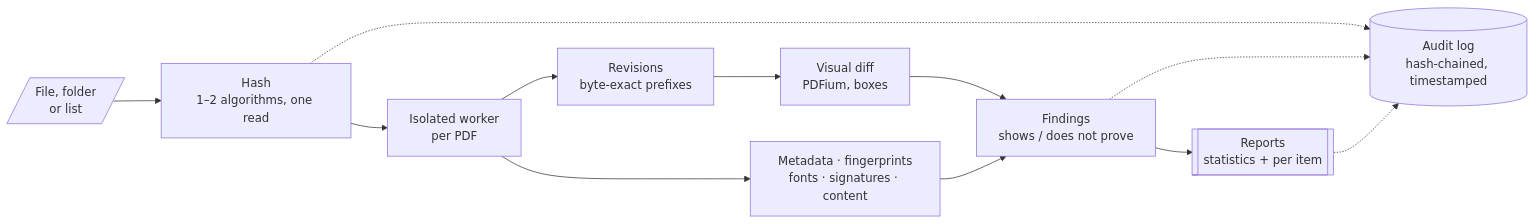
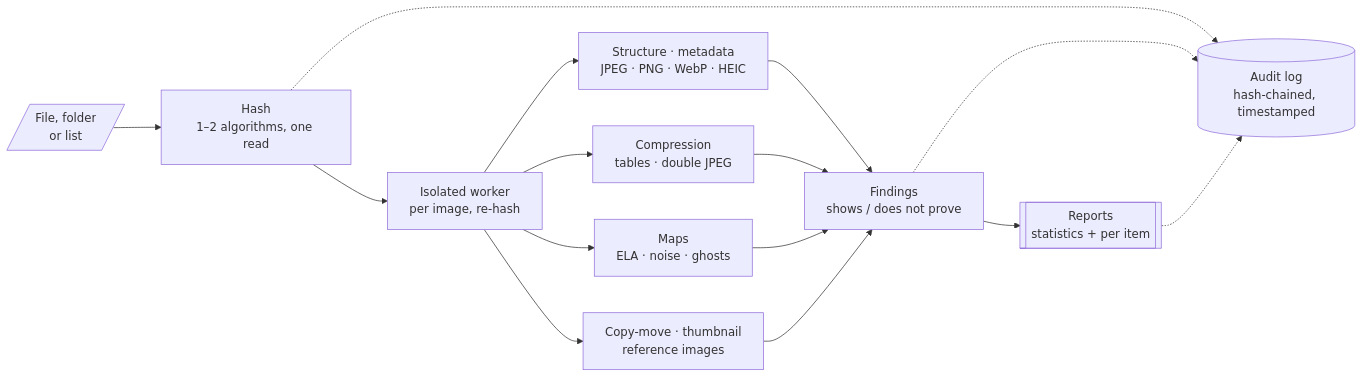
The first of 2 diagrams in README.md (Panacota96/rv-imgauth), drawn with Mermaid before and after one commit. The commit also changed other lines of this file and 17 other files, not shown here.

````diff
--- a/README.md
+++ b/README.md
@@ -15,13 +15,14 @@
 ```mermaid
 flowchart LR
     A[/"File, folder<br/>or list"/] --> B["Hash<br/>1–2 algorithms, one read"]
-    B --> W["Isolated worker<br/>per PDF"]
-    W --> C["Revisions<br/>byte-exact prefixes"]
-    C --> V["Visual diff<br/>PDFium, boxes"]
-    W --> M["Metadata · fingerprints<br/>fonts · signatures · content"]
-    V & M --> D["Findings<br/>shows / does not prove"]
+    B --> W["Isolated worker<br/>per image, re-hash"]
+    W --> S["Structure · metadata<br/>JPEG · PNG · WebP · HEIC"]
+    W --> Q["Compression<br/>tables · double JPEG"]
+    W --> M["Maps<br/>ELA · noise · ghosts"]
+    W --> C["Copy-move · thumbnail<br/>reference images"]
+    S & Q & M & C --> D["Findings<br/>shows / does not prove"]
     D --> E[["Reports<br/>statistics + per item"]]
     B -.-> L[("Audit log<br/>hash-chained, timestamped")]
     D -.-> L
     E -.-> L
 ```
````
